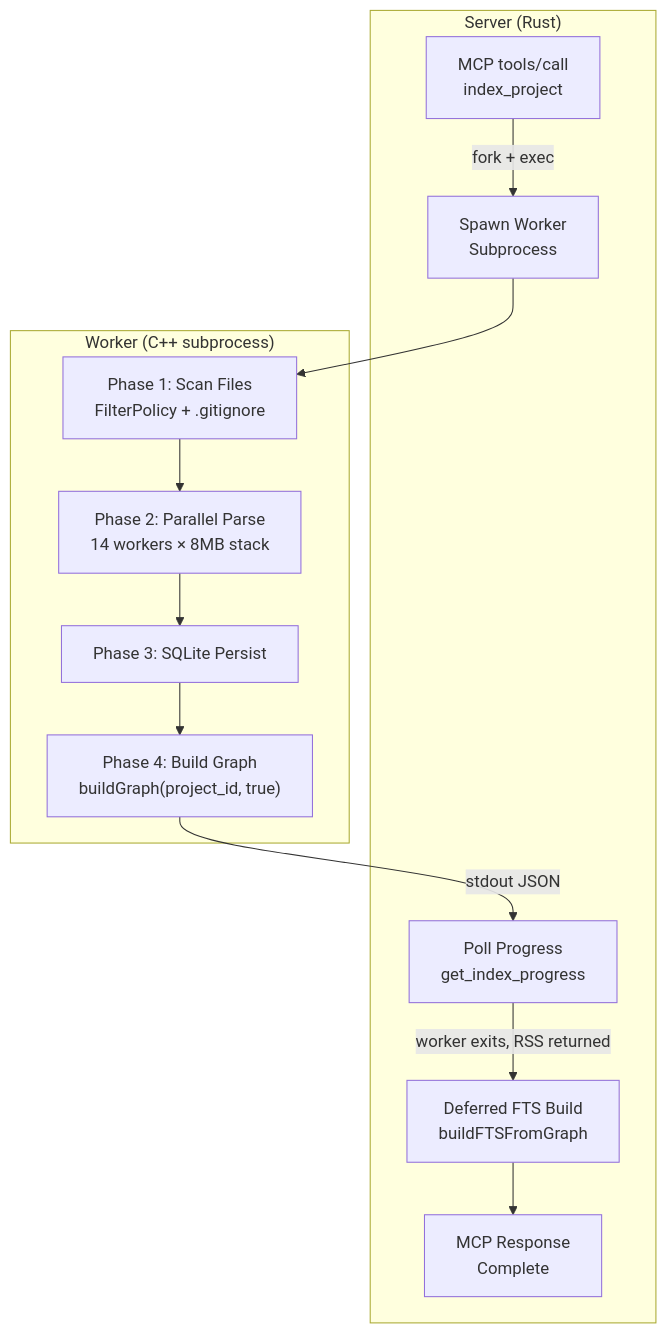
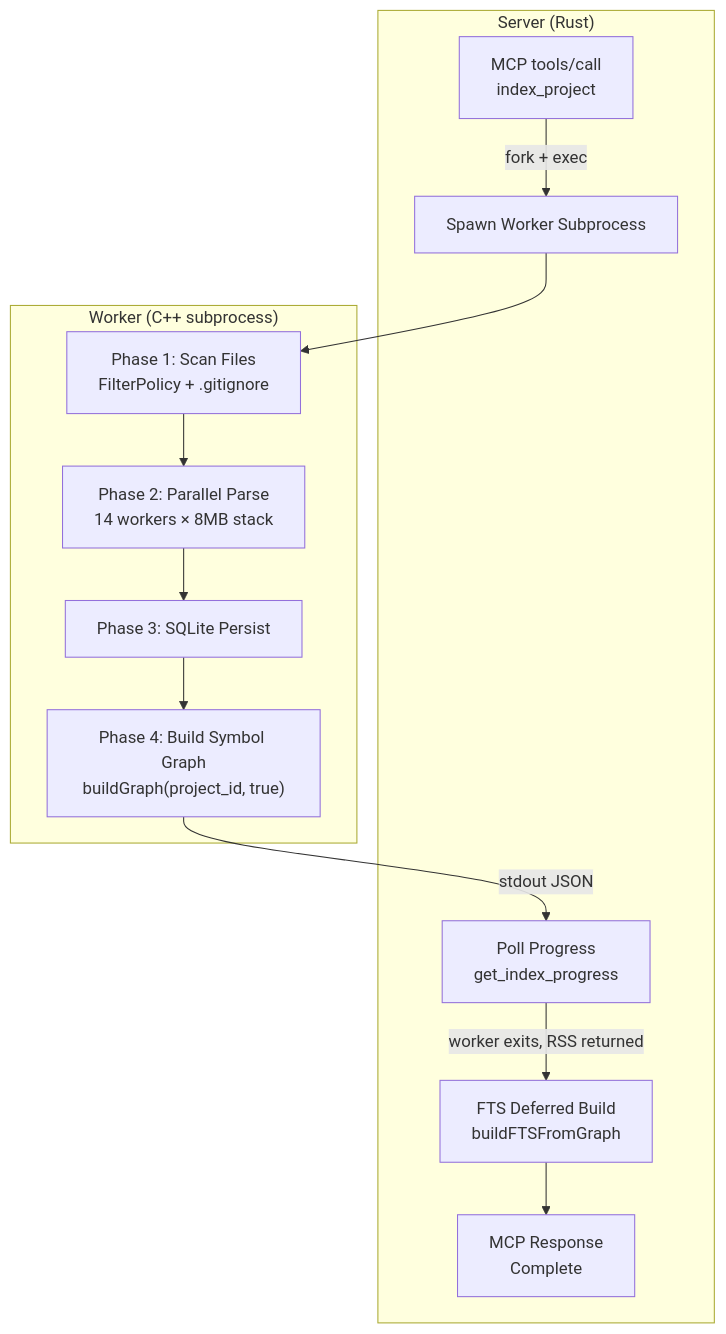
One commit to Timwood0x10/CodeScope changed the second of 8 diagrams in docs/en/architecture.md. Above: the diagram before and after it, drawn with Mermaid. The commit also changed other lines of this file and 25 other files, not shown here.

````diff
--- a/docs/en/architecture.md
+++ b/docs/en/architecture.md
@@ -51,25 +58,26 @@
 ```mermaid
 flowchart TB
-    subgraph "Server (Rust)"
+    subgraph ServerProcess["Server (Rust)"]
         A["MCP tools/call<br/>index_project"]
-        B["Spawn Worker<br/>Subprocess"]
+        B["Spawn Worker Subprocess"]
         C["Poll Progress<br/>get_index_progress"]
-        D["Deferred FTS Build<br/>buildFTSFromGraph"]
+        D["FTS Deferred Build<br/>buildFTSFromGraph"]
         E["MCP Response<br/>Complete"]
     end
-    subgraph "Worker (C++ subprocess)"
+
+    subgraph WorkerProcess["Worker (C++ subprocess)"]
         F["Phase 1: Scan Files<br/>FilterPolicy + .gitignore"]
         G["Phase 2: Parallel Parse<br/>14 workers × 8MB stack"]
         H["Phase 3: SQLite Persist"]
-        I["Phase 4: Build Graph<br/>buildGraph(project_id, true)"]
+        I["Phase 4: Build Symbol Graph<br/>buildGraph(project_id, true)"]
     end
 
-    A -->|fork + exec| B
+    A -->|"fork + exec"| B
     B --> F
     F --> G
     G --> H
     H --> I
-    I -->|stdout JSON| C
-    C -->|worker exits, RSS returned| D
+    I -->|"stdout JSON"| C
+    C -->|"worker exits, RSS returned"| D
     D --> E
 ```
````
